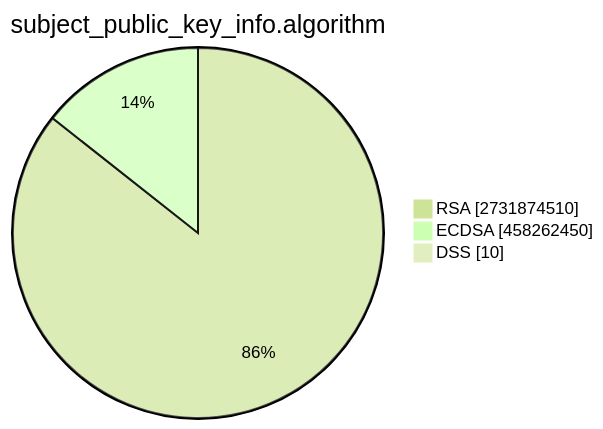
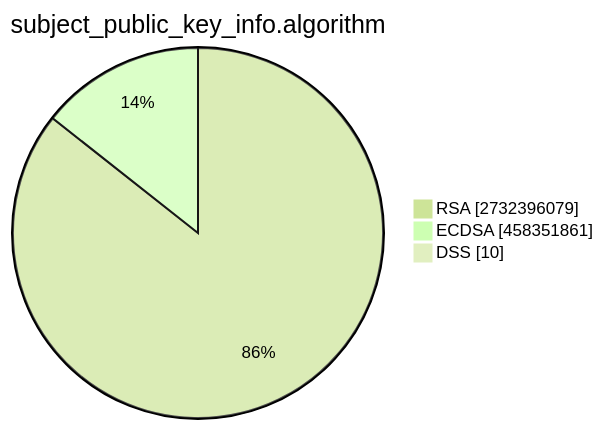
Before and after one commit to christiankrug/ctmonitor_visualization: the second of 15 diagrams in TOTAL/README.md, drawn with Mermaid (forest theme). The commit also changed other lines of this file, not shown here.

````diff
--- a/TOTAL/README.md
+++ b/TOTAL/README.md
@@ -6,7 +6,7 @@
 ```mermaid
 pie showData
 title subject_public_key_info.algorithm
-"RSA" :2731874510
-"ECDSA" :458262450
+"RSA" :2732396079
+"ECDSA" :458351861
 "DSS" :10
 ```
````
